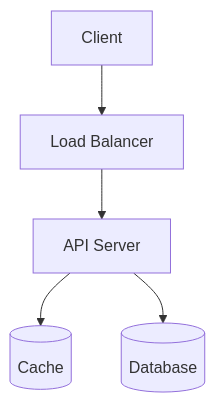
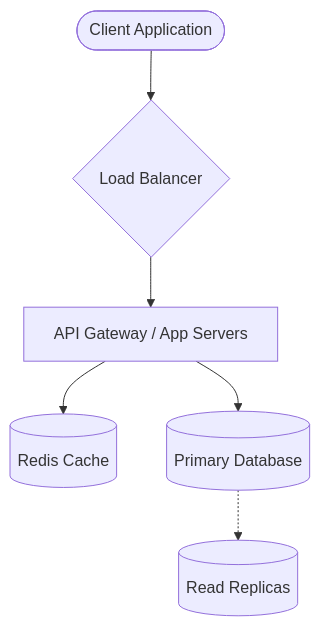
The diagram in practice/template.md (Solanki-rudra/system-design), drawn with Mermaid before and after one commit. The commit also changed other lines of this file and 8 other files, not shown here.

````diff
--- a/practice/template.md
+++ b/practice/template.md
@@ -41,7 +44,8 @@
 ```mermaid
 flowchart TD
-    Client[Client] --> LB[Load Balancer]
-    LB --> API[API Server]
-    API --> Cache[(Cache)]
-    API --> DB[(Database)]
+    Client([Client Application]) --> LB{Load Balancer}
+    LB --> API[API Gateway / App Servers]
+    API --> Cache[(Redis Cache)]
+    API --> PrimaryDB[(Primary Database)]
+    PrimaryDB -.-> ReplicaDB[(Read Replicas)]
 ```
````
